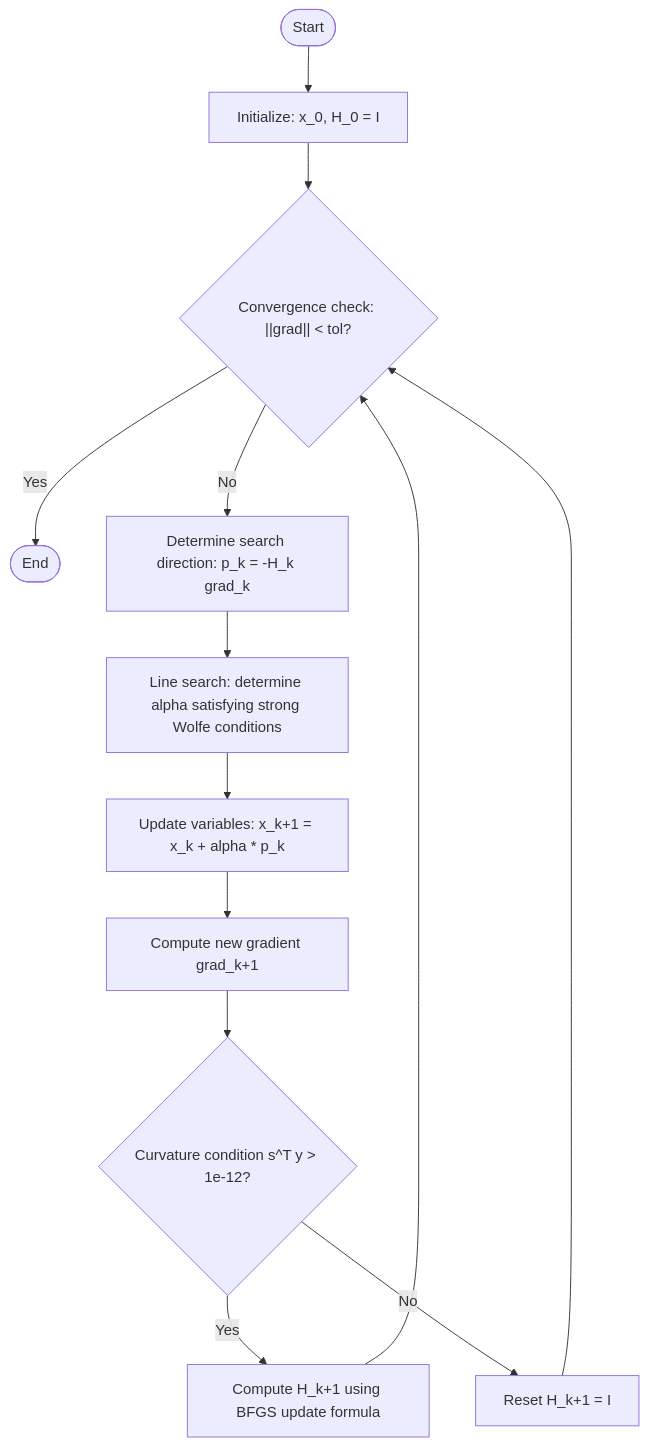
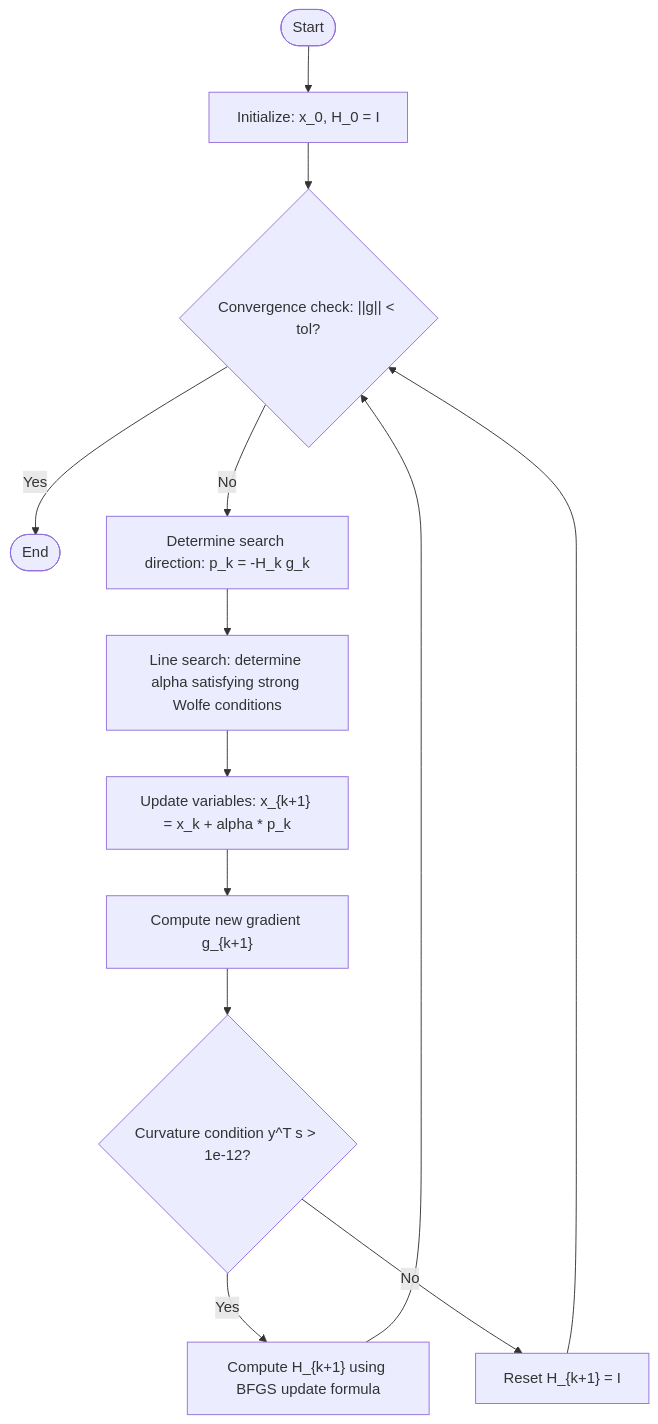
One commit to takuto-NA/quasi-newton-methods changed the diagram in docs/theory/bfgs.md. Above: the diagram before and after it, drawn with Mermaid. The commit also changed other lines of this file and 3 other files, not shown here.

````diff
--- a/docs/theory/bfgs.md
+++ b/docs/theory/bfgs.md
@@ -74,15 +89,15 @@
 ```mermaid
 flowchart TD
     Start(["Start"]) --> Init["Initialize: x_0, H_0 = I"]
-    Init --> Loop{"Convergence check: ||grad|| < tol?"}
+    Init --> Loop{"Convergence check: ||g|| < tol?"}
     Loop -- Yes --> End(["End"])
-    Loop -- No --> SearchDir["Determine search direction: p_k = -H_k grad_k"]
+    Loop -- No --> SearchDir["Determine search direction: p_k = -H_k g_k"]
     SearchDir --> LineSearch["Line search: determine alpha satisfying strong Wolfe conditions"]
-    LineSearch --> UpdateX["Update variables: x_k+1 = x_k + alpha * p_k"]
-    UpdateX --> CalcGrad["Compute new gradient grad_k+1"]
-    CalcGrad --> CheckCurvature{"Curvature condition s^T y > 1e-12?"}
-    CheckCurvature -- Yes --> UpdateH["Compute H_k+1 using BFGS update formula"]
-    CheckCurvature -- No --> ResetH["Reset H_k+1 = I"]
+    LineSearch --> UpdateX["Update variables: x_{k+1} = x_k + alpha * p_k"]
+    UpdateX --> CalcGrad["Compute new gradient g_{k+1}"]
+    CalcGrad --> CheckCurvature{"Curvature condition y^T s > 1e-12?"}
+    CheckCurvature -- Yes --> UpdateH["Compute H_{k+1} using BFGS update formula"]
+    CheckCurvature -- No --> ResetH["Reset H_{k+1} = I"]
     UpdateH --> Loop
     ResetH --> Loop
 ```
````
